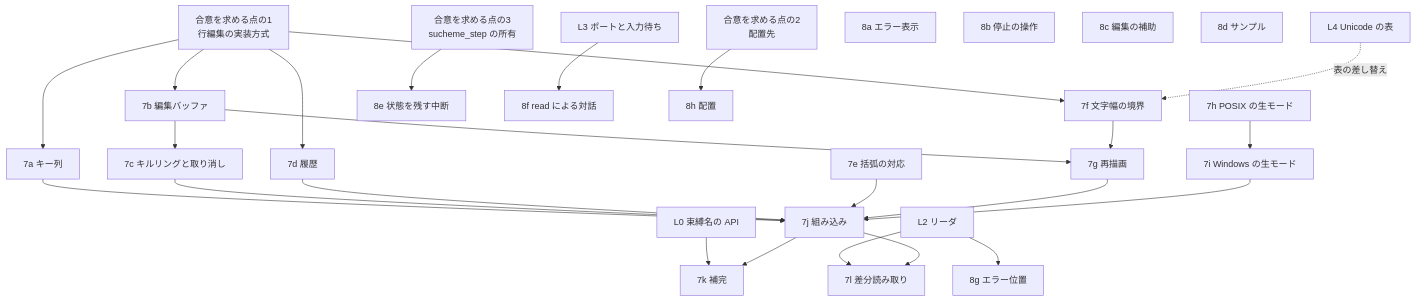
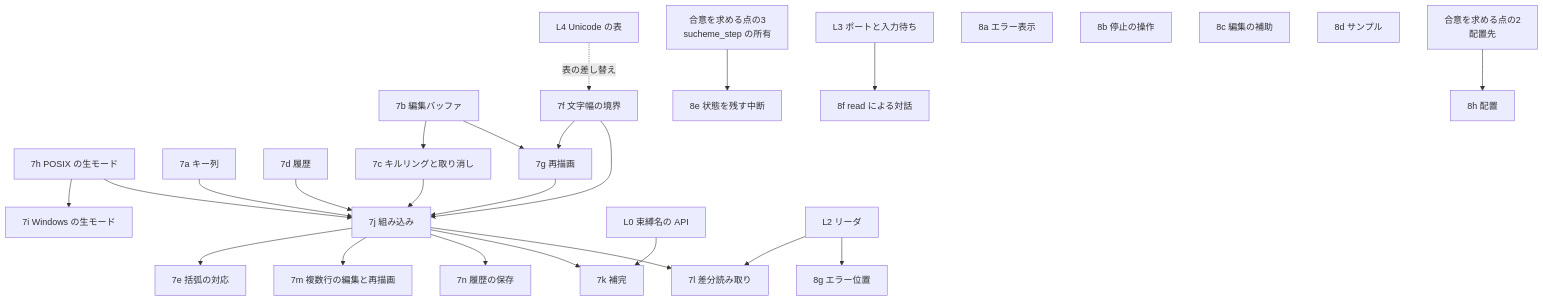
One commit to suchi/sucheme-zig changed the diagram in docs/plans/0021-stage7-8-early-parts.md. Above: the diagram before and after it, drawn with Mermaid. The commit also changed other lines of this file and 9 other files, not shown here.

````diff
--- a/docs/plans/0021-stage7-8-early-parts.md
+++ b/docs/plans/0021-stage7-8-early-parts.md
@@ -206,43 +234,44 @@
 ```mermaid
 flowchart TD
-    d1["合意を求める点の1<br/>行編集の実装方式"]
     d2["合意を求める点の2<br/>配置先"]
     d3["合意を求める点の3<br/>sucheme_step の所有"]
     s7e["7e 括弧の対応"]
     s7h["7h POSIX の生モード"]
     s7a["7a キー列"]
     s7b["7b 編集バッファ"]
     s7d["7d 履歴"]
     s7f["7f 文字幅の境界"]
     s7c["7c キルリングと取り消し"]
     s7g["7g 再描画"]
     s7i["7i Windows の生モード"]
     s7j["7j 組み込み"]
     s7k["7k 補完"]
     s7l["7l 差分読み取り"]
+    s7m["7m 複数行の編集と再描画"]
+    s7n["7n 履歴の保存"]
     L4["L4 Unicode の表"]
     L0["L0 束縛名の API"]
     L2["L2 リーダ"]
     s8a["8a エラー表示"]
     s8b["8b 停止の操作"]
     s8c["8c 編集の補助"]
     s8d["8d サンプル"]
     s8e["8e 状態を残す中断"]
     s8f["8f read による対話"]
     s8g["8g エラー位置"]
     s8h["8h 配置"]
     L3["L3 ポートと入力待ち"]
-    d1 --> s7a & s7b & s7d & s7f
     s7b --> s7c & s7g
     s7f --> s7g
     s7h --> s7i
-    s7a & s7c & s7d & s7e & s7g & s7i --> s7j
+    s7h & s7a & s7f & s7c & s7d & s7g --> s7j
+    s7j --> s7e & s7m & s7n
     L4 -.->|"表の差し替え"| s7f
     L0 --> s7k
     L2 --> s7l
     s7j --> s7k & s7l
     d3 --> s8e
     L3 --> s8f
     L2 --> s8g
     d2 --> s8h
 ```
````
